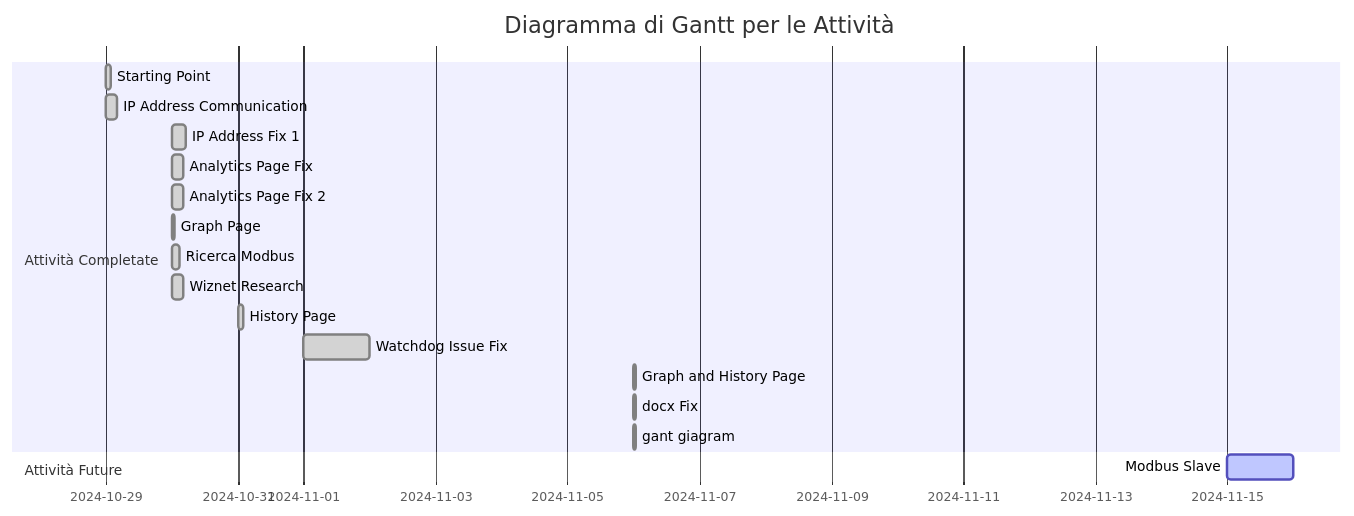
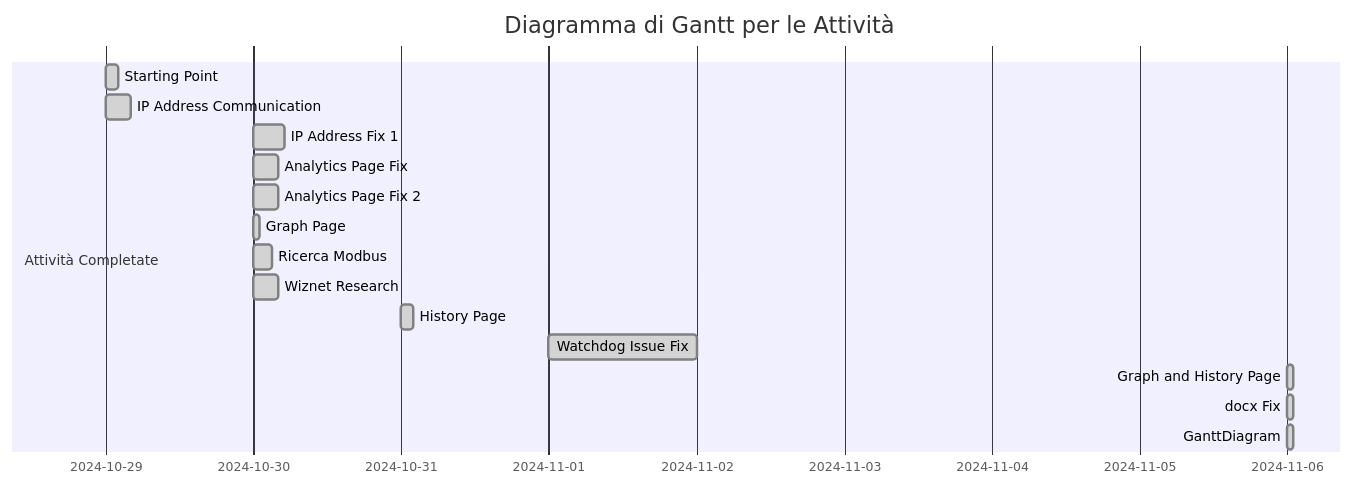
Before and after one commit to AlessioTommasi-supsi/iotProject: the diagram in docs/README.md, drawn with Mermaid. The commit also changed 19 other files, not shown here.

````diff
--- a/docs/README.md
+++ b/docs/README.md
@@ -160,24 +160,20 @@
 ```mermaid
 gantt
     title Diagramma di Gantt per le Attività
     dateFormat  DD/MM/YYYY
     section Attività Completate
     Starting Point            :done, s1, 29/10/2024, 2h
     IP Address Communication  :done, s2, 29/10/2024, 4h
     IP Address Fix 1          :done, s3, 30/10/2024, 5h
     Analytics Page Fix        :done, s4, 30/10/2024, 4h
     Analytics Page Fix 2      :done, s5, 30/10/2024, 4h
     Graph Page                :done, s6, 30/10/2024, 1h
     Ricerca Modbus            :done, s7, 30/10/2024, 3h
     Wiznet Research           :done, s8, 30/10/2024, 4h
     History Page              :done, s9, 31/10/2024, 2h
     Watchdog Issue Fix        :done, s10, 01/11/2024, 24h
     Graph and History Page    :done, s11, 06/11/2024, 1h
     docx Fix               :done, s12, 06/11/2024, 1h
-    gant giagram               :done, s12, 06/11/2024, 1h
-    
-    section Attività Future
-    Modbus Slave              :active, s13, 15/11/2024, 24h
-
+    GanttDiagram               :done, s12, 06/11/2024, 1h
     
 ```
````
